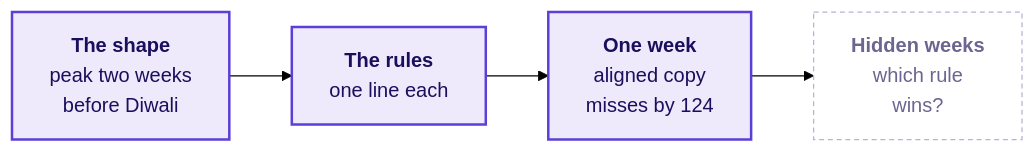
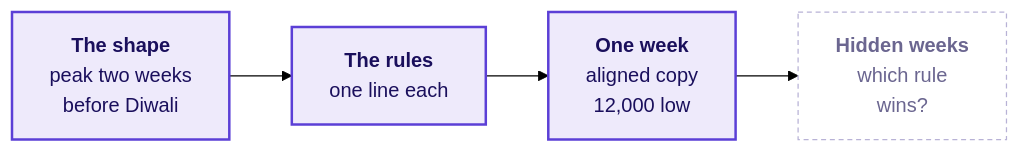
Before and after one commit to fde-academy-lab/c2-content-factory: the seventh of 8 diagrams in content/W04/D5/slides/C2_W04_D05_half1_STUDENT.md, drawn with Mermaid (forest theme). The commit also changed other lines of this file and 5 other files, not shown here.

````diff
--- a/content/W04/D5/slides/C2_W04_D05_half1_STUDENT.md
+++ b/content/W04/D5/slides/C2_W04_D05_half1_STUDENT.md
@@ -1004,10 +1022,10 @@
 ```mermaid
 flowchart LR
     A["<b>The shape</b><br/>peak two weeks<br/>before Diwali"] --> B["<b>The rules</b><br/>one line each"]
-    B --> C["<b>One week</b><br/>aligned copy<br/>misses by 124"]
+    B --> C["<b>One week</b><br/>aligned copy<br/>12,000 low"]
     C --> D["<b>Hidden weeks</b><br/>which rule<br/>wins?"]
     classDef known fill:#EEEAFB,stroke:#5B3FD6,color:#1A0F5C,stroke-width:2px
     classDef unknown fill:#FFFFFF,stroke:#B8B2D6,color:#6B6690,stroke-dasharray:4 3
     class A,B,C known
     class D unknown
 ```
````
